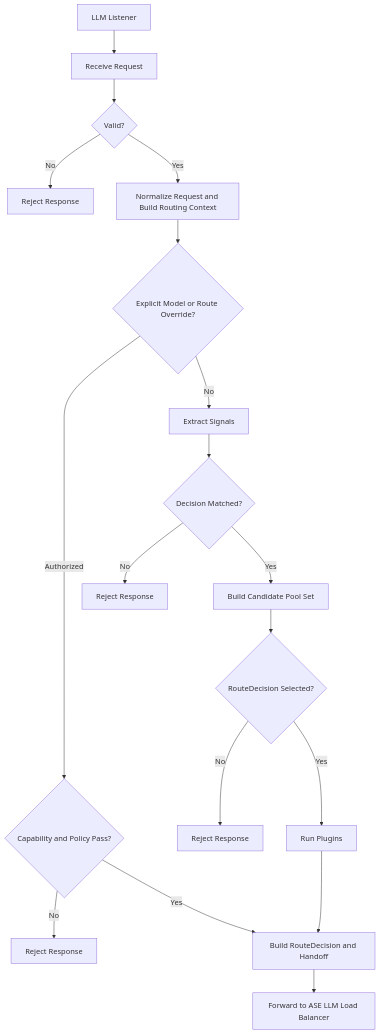
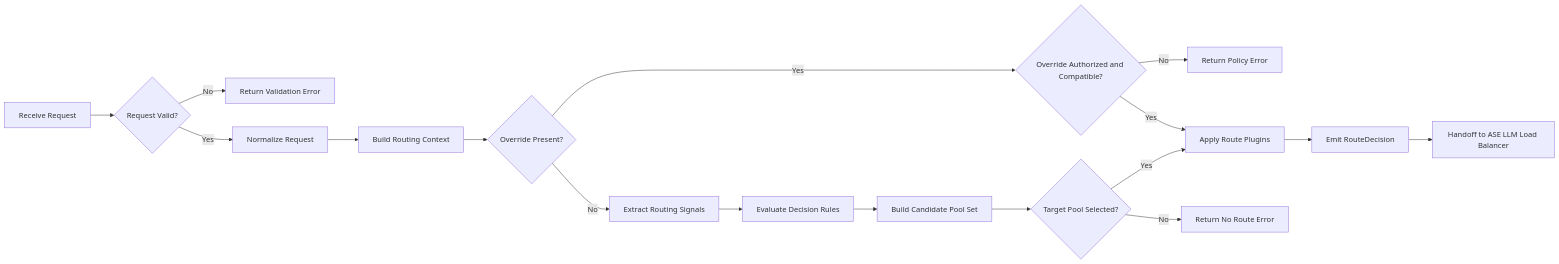
The first of 4 diagrams in ase_semantic_router.md (puyanguvic/semenatic_routing_and_load_balance), drawn with Mermaid before and after one commit. The commit also changed other lines of this file, not shown here.

````diff
--- a/ase_semantic_router.md
+++ b/ase_semantic_router.md
@@ -37,26 +39,23 @@
 ```mermaid
-flowchart TD
-    A[LLM Listener] --> B[Receive Request]
-    B --> C{Valid?}
+flowchart LR
+    A[Receive Request] --> B{Request Valid?}
+    B -- No --> E1[Return Validation Error]
 
-    C -- No --> R1[Reject Response]
+    B -- Yes --> N[Normalize Request]
+    N --> C[Build Routing Context]
+    C --> O{Override Present?}
 
-    C -- Yes --> N[Normalize Request and Build Routing Context]
-    N --> O{Explicit Model or Route Override?}
+    O -- Yes --> P{Override Authorized and Compatible?}
+    P -- No --> E2[Return Policy Error]
+    P -- Yes --> PL[Apply Route Plugins]
 
-    O -- Authorized --> P{Capability and Policy Pass?}
-    P -- No --> R2[Reject Response]
-    P -- Yes --> H[Build RouteDecision and Handoff]
+    O -- No --> S[Extract Routing Signals]
+    S --> R[Evaluate Decision Rules]
+    R --> T[Build Candidate Pool Set]
+    T --> G{Target Pool Selected?}
+    G -- No --> E3[Return No Route Error]
+    G -- Yes --> PL
 
-    O -- No --> S[Extract Signals]
-    S --> D{Decision Matched?}
-    D -- No --> R3[Reject Response]
-
-    D -- Yes --> F[Build Candidate Pool Set]
-    F --> G{RouteDecision Selected?}
-    G -- No --> R4[Reject Response]
-
-    G -- Yes --> PL[Run Plugins]
-    PL --> H[Build RouteDecision and Handoff]
-    H --> LB[Forward to ASE LLM Load Balancer]
+    PL --> D[Emit RouteDecision]
+    D --> H[Handoff to ASE LLM Load Balancer]
 ```
````
